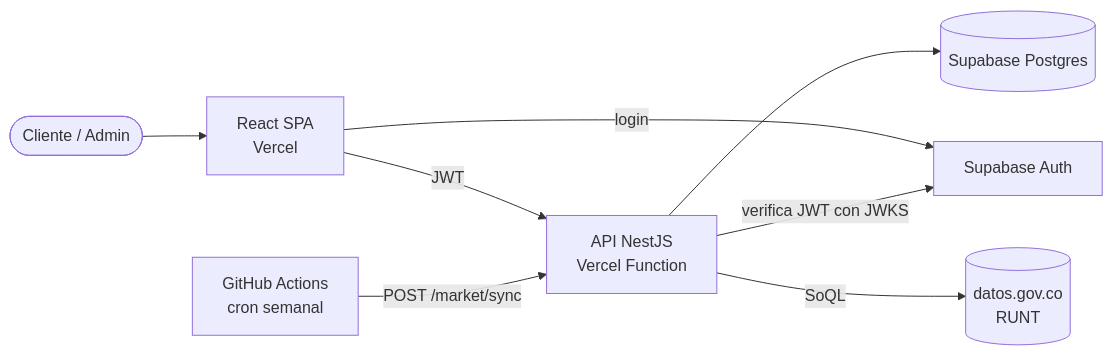
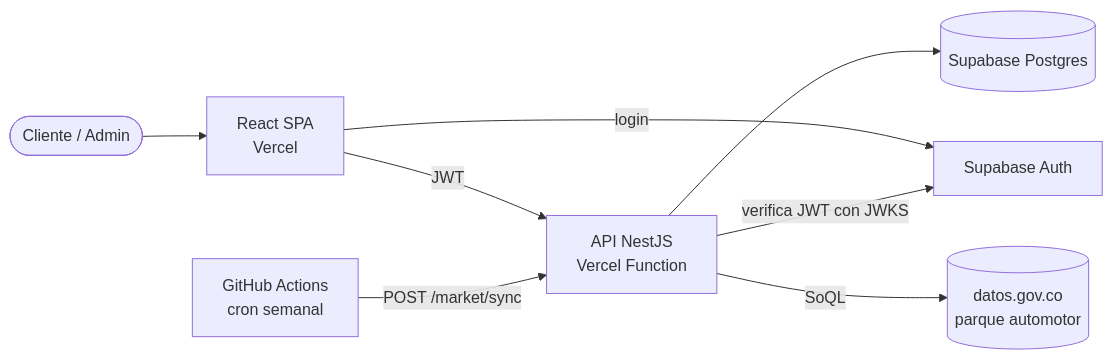
Before and after one commit to Kevin01Sierra/autos-store: the first of 5 diagrams in docs/architecture.md, drawn with Mermaid. The commit also changed other lines of this file and 12 other files, not shown here.

First line of the commit message:
feat(api): datos reales de mercado desde datos.gov.co (Risaralda)

````diff
--- a/docs/architecture.md
+++ b/docs/architecture.md
@@ -5,10 +5,10 @@
 ```mermaid
 flowchart LR
   user([Cliente / Admin]) --> web[React SPA<br/>Vercel]
   web -- JWT --> api[API NestJS<br/>Vercel Function]
   web -- login --> auth[Supabase Auth]
   api --> db[(Supabase Postgres)]
   api -- verifica JWT con JWKS --> auth
   cron[GitHub Actions<br/>cron semanal] -- POST /market/sync --> api
-  api -- SoQL --> runt[(datos.gov.co<br/>RUNT)]
+  api -- SoQL --> runt[(datos.gov.co<br/>parque automotor)]
 ```
````
